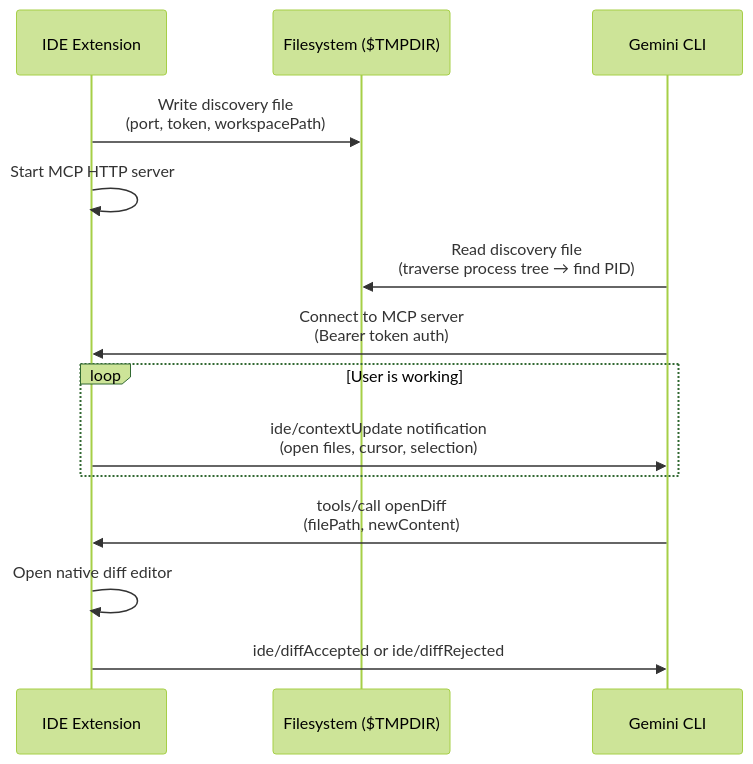
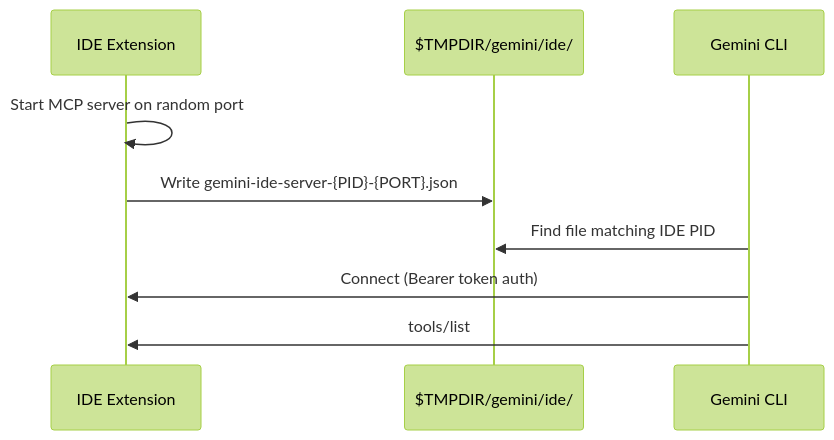
Before and after one commit to muddlebee/gemini-cli: the first of 8 diagrams in docs/local/gsoc-proposal-v2.md, drawn with Mermaid (forest theme). The commit also changed other lines of this file and 1 other file, not shown here.

````diff
--- a/docs/local/gsoc-proposal-v2.md
+++ b/docs/local/gsoc-proposal-v2.md
@@ -82,20 +91,12 @@
 ```mermaid
 sequenceDiagram
-    participant IDE as IDE Extension
-    participant FS as Filesystem ($TMPDIR)
+    participant EXT as IDE Extension
+    participant FS as $TMPDIR/gemini/ide/
     participant CLI as Gemini CLI
 
-    IDE->>FS: Write discovery file<br/>(port, token, workspacePath)
-    IDE->>IDE: Start MCP HTTP server
-
-    CLI->>FS: Read discovery file<br/>(traverse process tree → find PID)
-    CLI->>IDE: Connect to MCP server<br/>(Bearer token auth)
-
-    loop User is working
-        IDE->>CLI: ide/contextUpdate notification<br/>(open files, cursor, selection)
-    end
-
-    CLI->>IDE: tools/call openDiff<br/>(filePath, newContent)
-    IDE->>IDE: Open native diff editor
-    IDE->>CLI: ide/diffAccepted or ide/diffRejected
+    EXT->>EXT: Start MCP server on random port
+    EXT->>FS: Write gemini-ide-server-{PID}-{PORT}.json
+    CLI->>FS: Find file matching IDE PID
+    CLI->>EXT: Connect (Bearer token auth)
+    CLI->>EXT: tools/list
 ```
````
